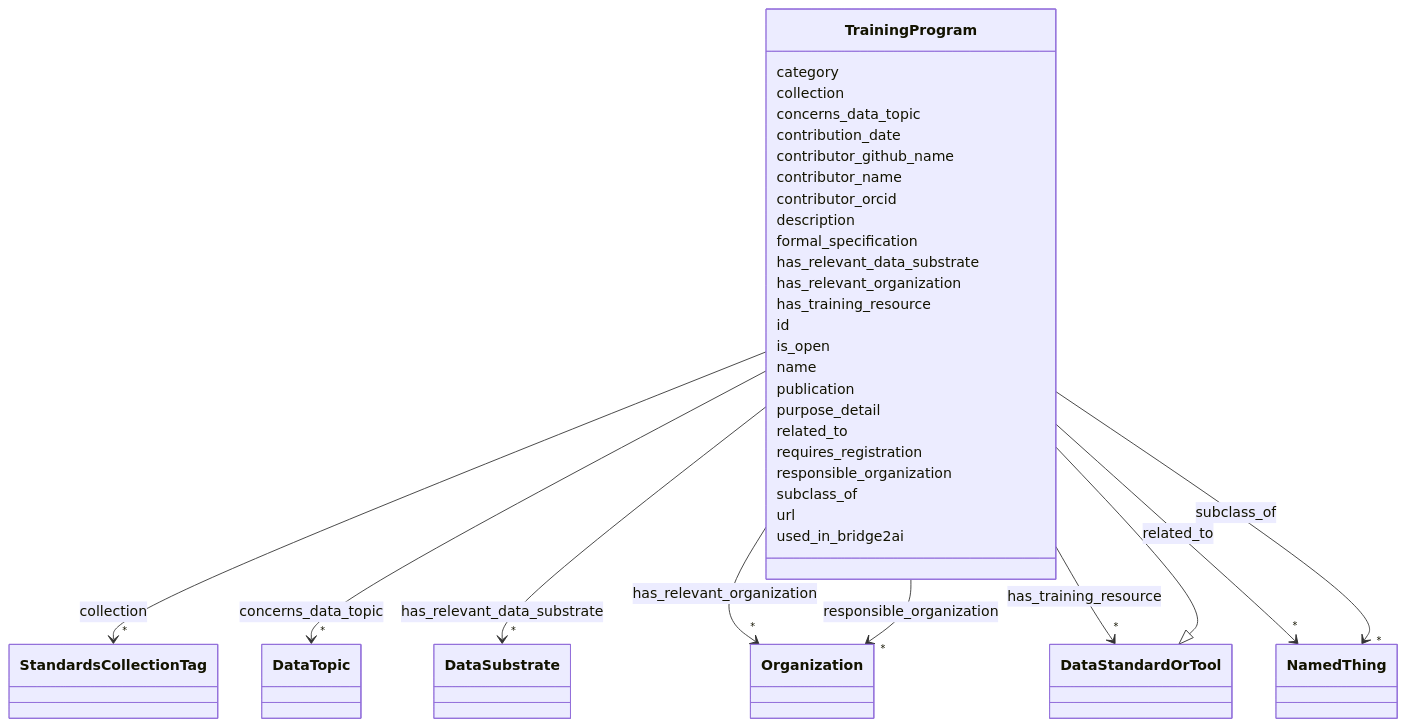
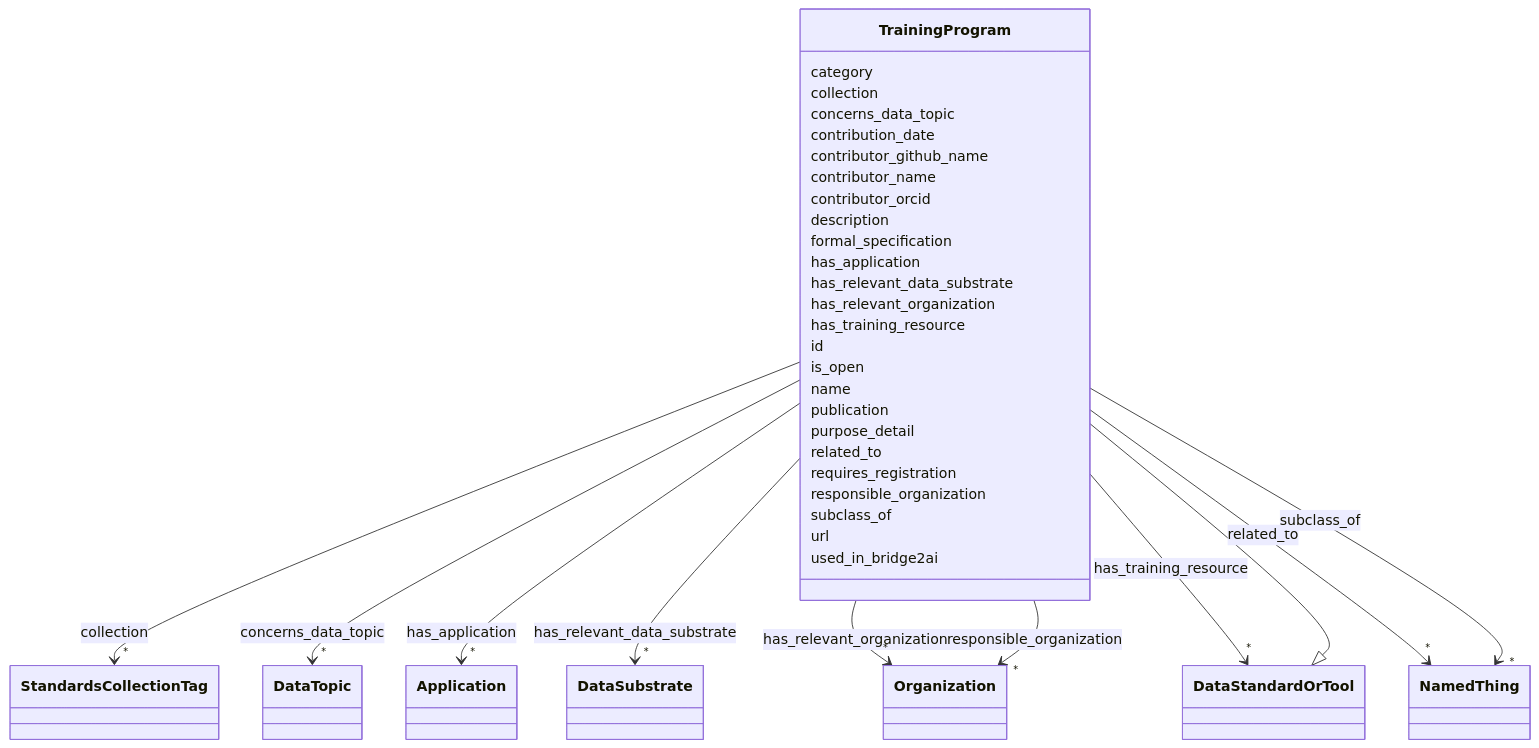
One commit to bridge2ai/standards-schemas changed the diagram in docs/TrainingProgram.md. Above: the diagram before and after it, drawn with Mermaid. The commit also changed other lines of this file and 54 other files, not shown here.

Commit message:
Update schema artifacts

```diff
--- a/docs/TrainingProgram.md
+++ b/docs/TrainingProgram.md
@@ -57,6 +57,17 @@
       TrainingProgram : description
         
       TrainingProgram : formal_specification
+        
+      TrainingProgram : has_application
+        
+          
+    
+        
+        
+        TrainingProgram --> "*" Application : has_application
+        click Application href "../Application/"
+    
+
         
       TrainingProgram : has_relevant_data_substrate
         
```
